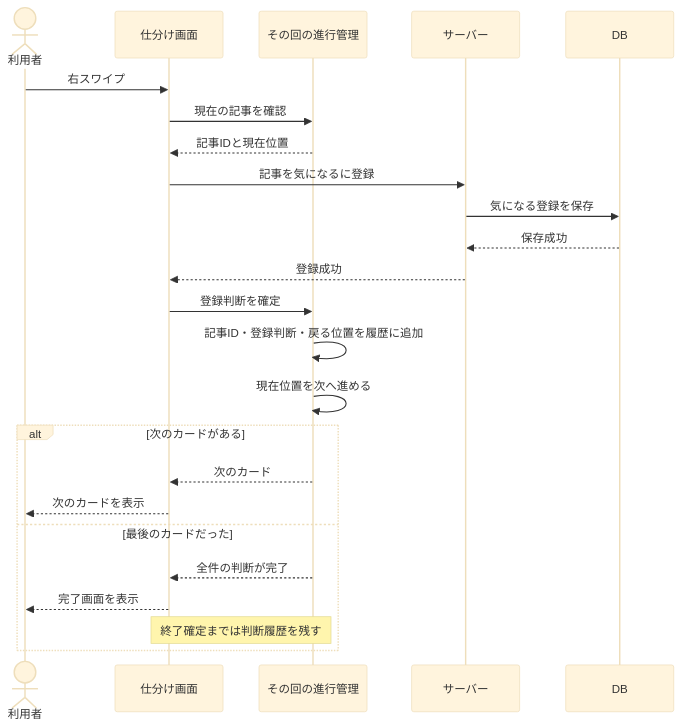
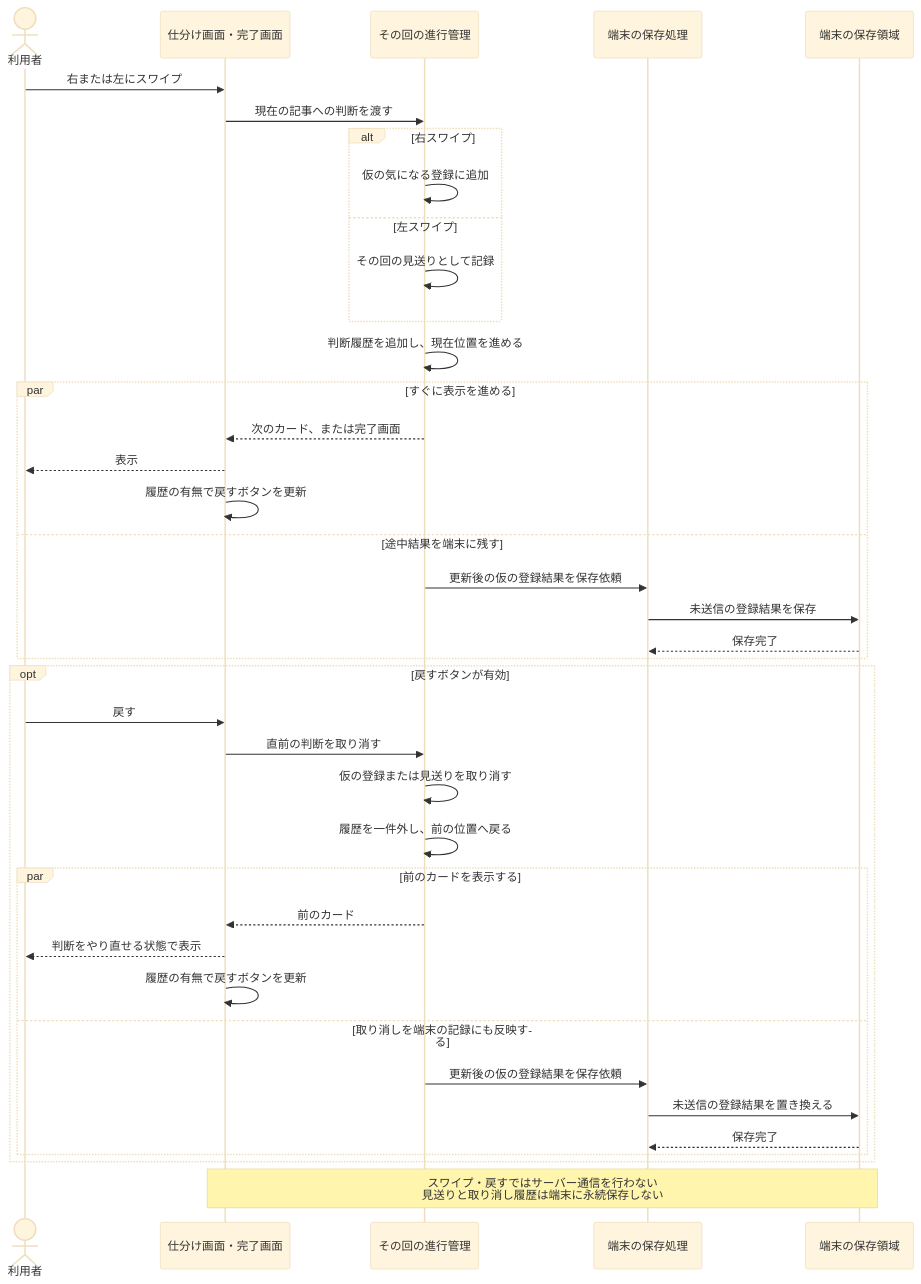
Before and after one commit to BeppuKanato/it-discovery: the second of 5 diagrams in docs/sequences.md, drawn with Mermaid (base theme). The commit also changed other lines of this file and 3 other files, not shown here.

````diff
--- a/docs/sequences.md
+++ b/docs/sequences.md
@@ -61,28 +63,45 @@
 ```mermaid
 sequenceDiagram
     actor User as 利用者
-    participant View as 仕分け画面
+    participant View as 仕分け画面・完了画面
     participant Session as その回の進行管理
-    participant Server as サーバー
-    participant DB as DB
+    participant Save as 端末の保存処理
+    participant Local as 端末の保存領域
 
-    User->>View: 右スワイプ
-    View->>Session: 現在の記事を確認
-    Session-->>View: 記事IDと現在位置
-    View->>Server: 記事を気になるに登録
-    Server->>DB: 気になる登録を保存
-    DB-->>Server: 保存成功
-    Server-->>View: 登録成功
-    View->>Session: 登録判断を確定
-    Session->>Session: 記事ID・登録判断・戻る位置を履歴に追加
-    Session->>Session: 現在位置を次へ進める
+    User->>View: 右または左にスワイプ
+    View->>Session: 現在の記事への判断を渡す
+    alt 右スワイプ
+        Session->>Session: 仮の気になる登録に追加
+    else 左スワイプ
+        Session->>Session: その回の見送りとして記録
+    end
+    Session->>Session: 判断履歴を追加し、現在位置を進める
 
-    alt 次のカードがある
-        Session-->>View: 次のカード
-        View-->>User: 次のカードを表示
-    else 最後のカードだった
-        Session-->>View: 全件の判断が完了
-        View-->>User: 完了画面を表示
-        Note over View,Session: 終了確定までは判断履歴を残す
+    par すぐに表示を進める
+        Session-->>View: 次のカード、または完了画面
+        View-->>User: 表示
+        View->>View: 履歴の有無で戻すボタンを更新
+    and 途中結果を端末に残す
+        Session->>Save: 更新後の仮の登録結果を保存依頼
+        Save->>Local: 未送信の登録結果を保存
+        Local-->>Save: 保存完了
     end
+
+    opt 戻すボタンが有効
+        User->>View: 戻す
+        View->>Session: 直前の判断を取り消す
+        Session->>Session: 仮の登録または見送りを取り消す
+        Session->>Session: 履歴を一件外し、前の位置へ戻る
+        par 前のカードを表示する
+            Session-->>View: 前のカード
+            View-->>User: 判断をやり直せる状態で表示
+            View->>View: 履歴の有無で戻すボタンを更新
+        and 取り消しを端末の記録にも反映する
+            Session->>Save: 更新後の仮の登録結果を保存依頼
+            Save->>Local: 未送信の登録結果を置き換える
+            Local-->>Save: 保存完了
+        end
+    end
+
+    Note over View,Local: スワイプ・戻すではサーバー通信を行わない<br/>見送りと取り消し履歴は端末に永続保存しない
 ```
````
